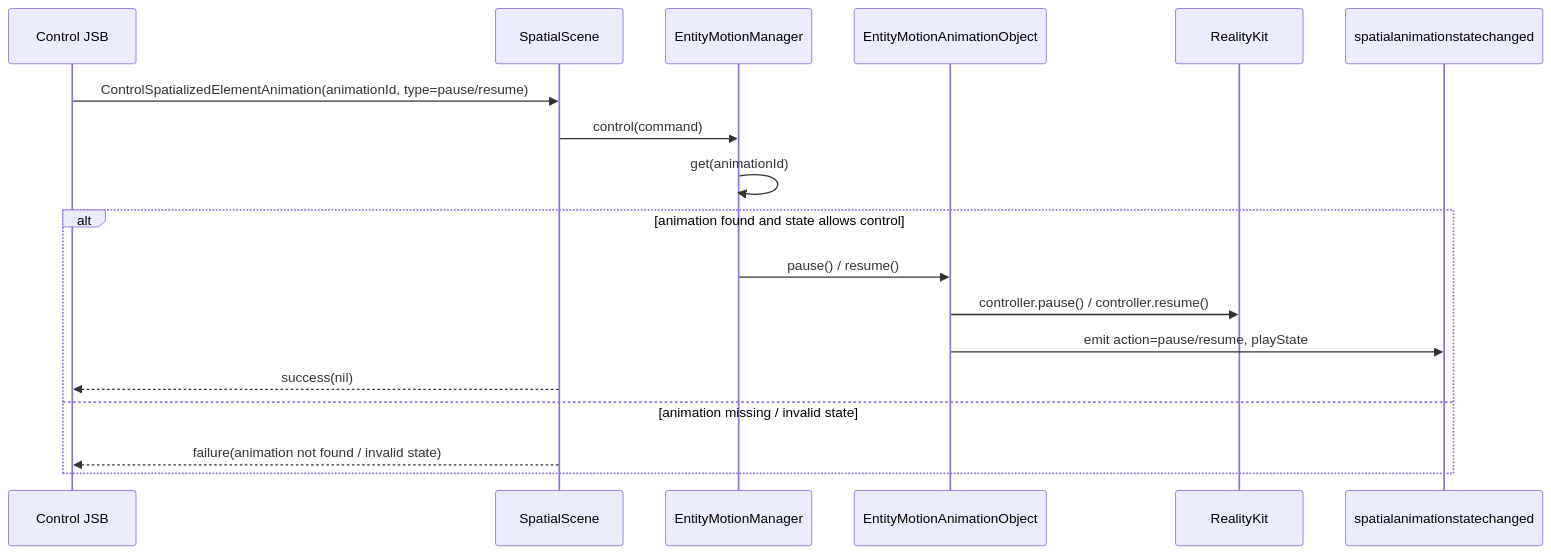
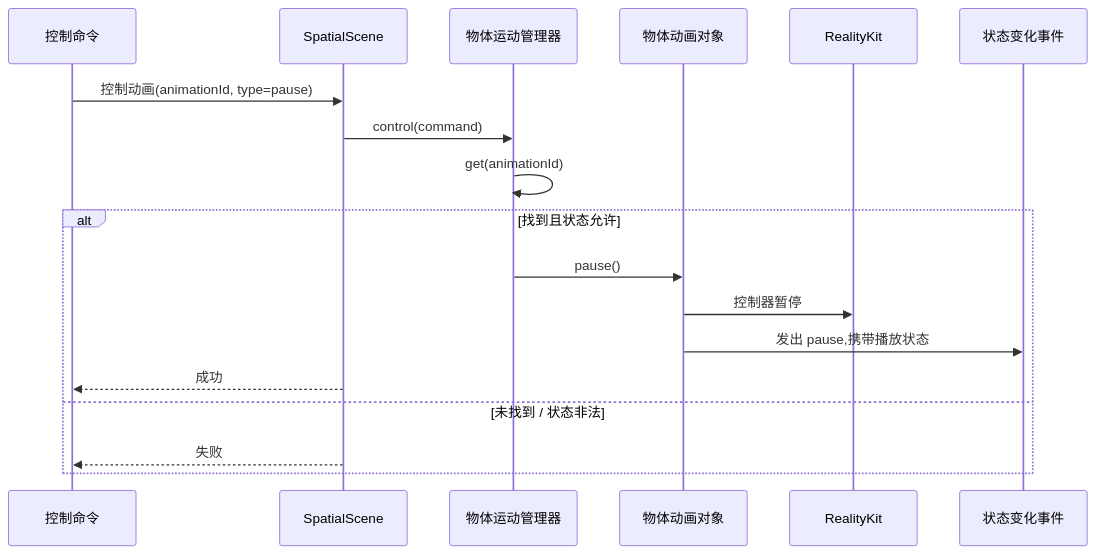
Before and after one commit to webspatial/webspatial-sdk: the ninth of 11 diagrams in openspec/changes/redesign-entity-motion-api/design.zh.md, drawn with Mermaid. The commit also changed other lines of this file and 7 other files, not shown here.

````diff
--- a/openspec/changes/redesign-entity-motion-api/design.zh.md
+++ b/openspec/changes/redesign-entity-motion-api/design.zh.md
@@ -734,21 +904,21 @@
 ```mermaid
 sequenceDiagram
-    participant JSB as Control JSB
+    participant JSB as 控制命令
     participant Scene as SpatialScene
-    participant Manager as EntityMotionManager
-    participant Obj as EntityMotionAnimationObject
+    participant Manager as 物体运动管理器
+    participant Obj as 物体动画对象
     participant RK as RealityKit
-    participant Event as spatialanimationstatechanged
+    participant Event as 状态变化事件
 
-    JSB->>Scene: ControlSpatializedElementAnimation(animationId, type=pause/resume)
+    JSB->>Scene: 控制动画(animationId, type=pause)
     Scene->>Manager: control(command)
     Manager->>Manager: get(animationId)
-    alt animation found and state allows control
-        Manager->>Obj: pause() / resume()
-        Obj->>RK: controller.pause() / controller.resume()
-        Obj->>Event: emit action=pause/resume, playState
-        Scene-->>JSB: success(nil)
-    else animation missing / invalid state
-        Scene-->>JSB: failure(animation not found / invalid state)
+    alt 找到且状态允许
+        Manager->>Obj: pause()
+        Obj->>RK: 控制器暂停
+        Obj->>Event: 发出 pause,携带播放状态
+        Scene-->>JSB: 成功
+    else 未找到 / 状态非法
+        Scene-->>JSB: 失败
     end
 ```
````
